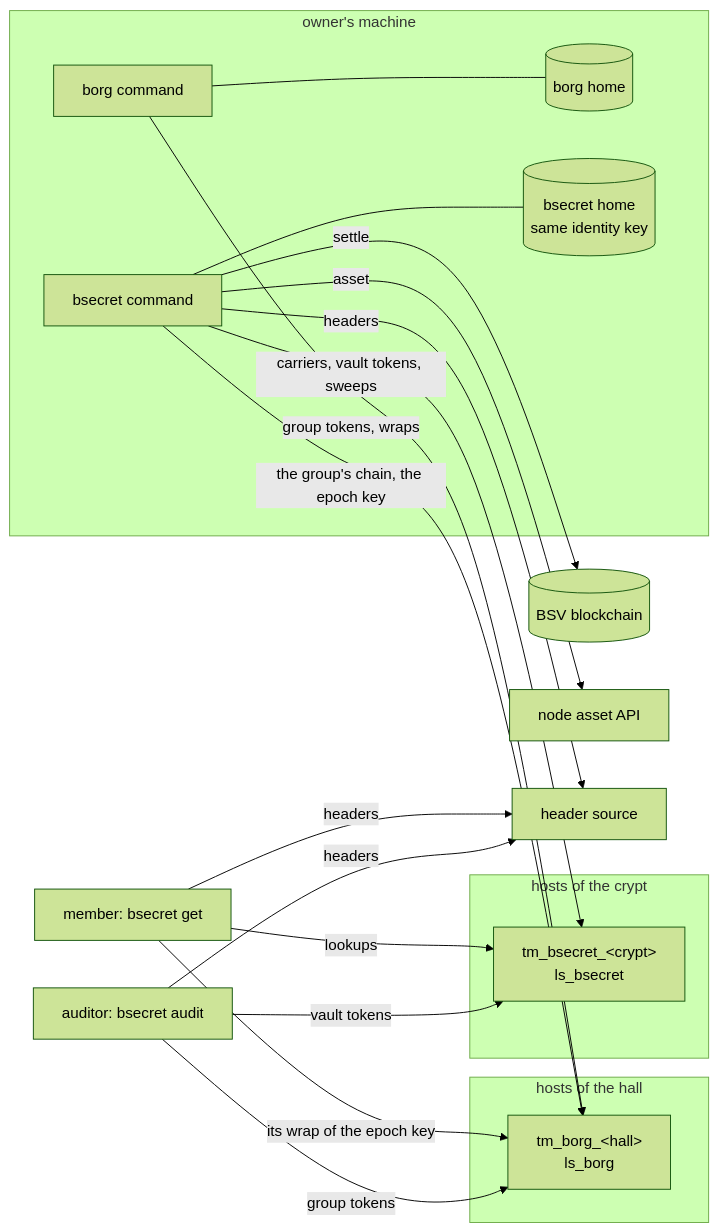
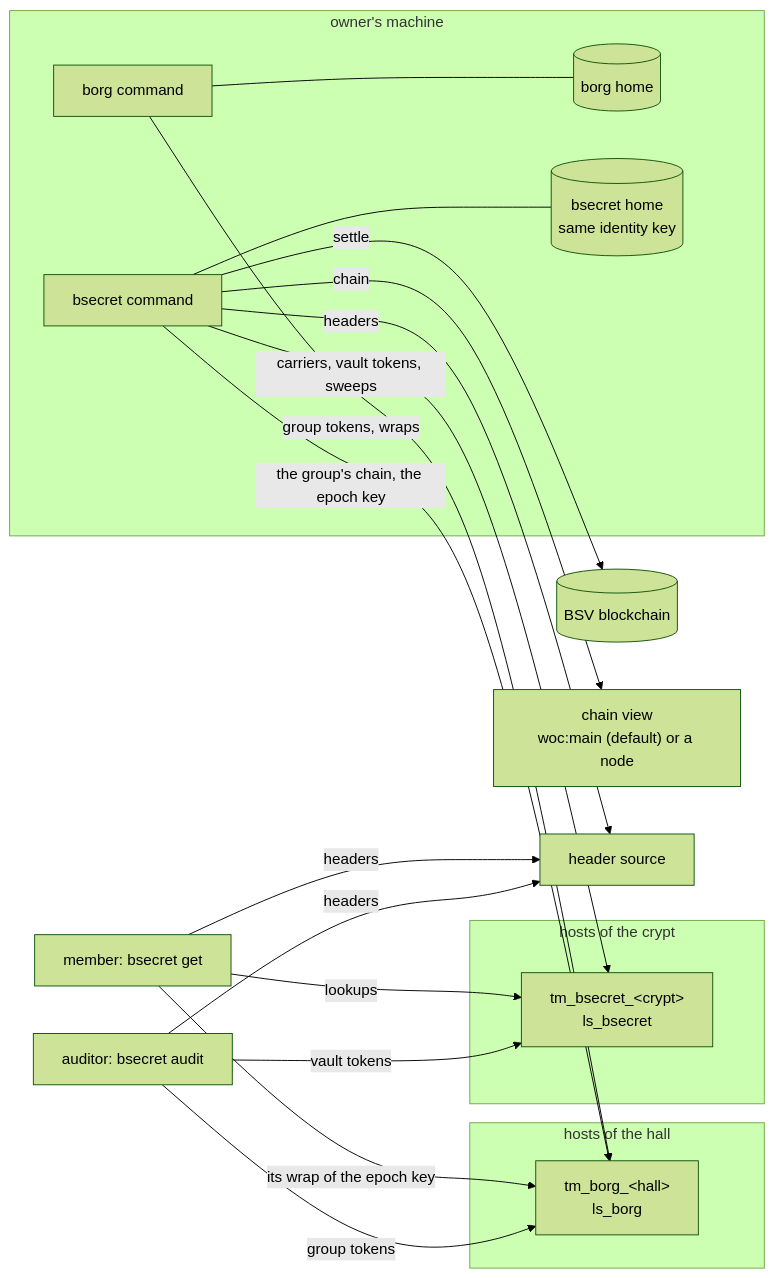
Before and after one commit to lightwebinc/bsecret: the diagram in docs/architecture.md, drawn with Mermaid (forest theme). The commit also changed other lines of this file and 8 other files, not shown here.

````diff
--- a/docs/architecture.md
+++ b/docs/architecture.md
@@ -9,23 +9,23 @@
 ```mermaid
 flowchart LR
   subgraph owner["owner's machine"]
     BG["borg command"] --- BH[("borg home")]
     BS["bsecret command"] --- SH[("bsecret home<br/>same identity key")]
   end
   subgraph hall["hosts of the hall"]
     HH["tm_borg_&lt;hall&gt;<br/>ls_borg"]
   end
   subgraph crypt["hosts of the crypt"]
     CH["tm_bsecret_&lt;crypt&gt;<br/>ls_bsecret"]
   end
   BG -->|"group tokens, wraps"| HH
   BS -->|"carriers, vault tokens, sweeps"| CH
   BS -->|"the group's chain, the epoch key"| HH
   M["member: bsecret get"] -->|lookups| CH
   M -->|"its wrap of the epoch key"| HH
   A["auditor: bsecret audit"] -->|"vault tokens"| CH
   A -->|"group tokens"| HH
   BS -->|"settle"| BSV[("BSV blockchain")]
-  BS -->|"asset"| N["node asset API"]
+  BS -->|"chain"| N["chain view<br/>woc:main (default) or a node"]
   M & A & BS -->|headers| HS["header source"]
 ```
````
